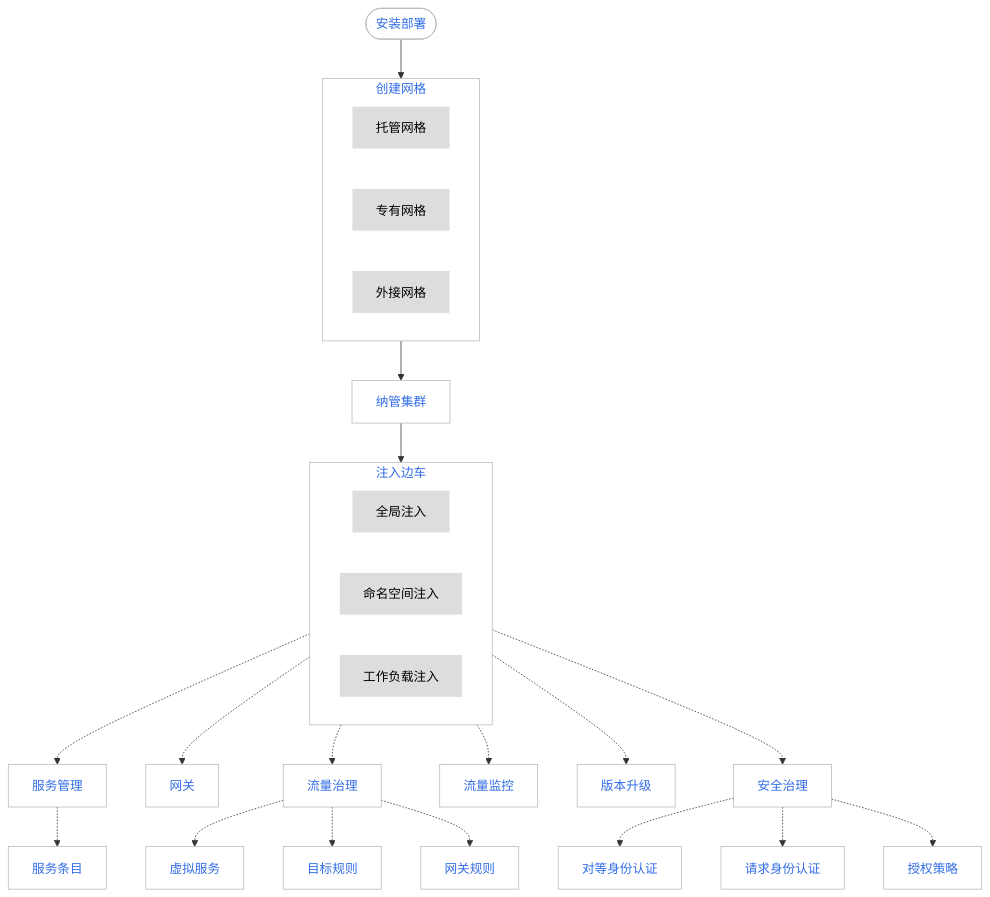
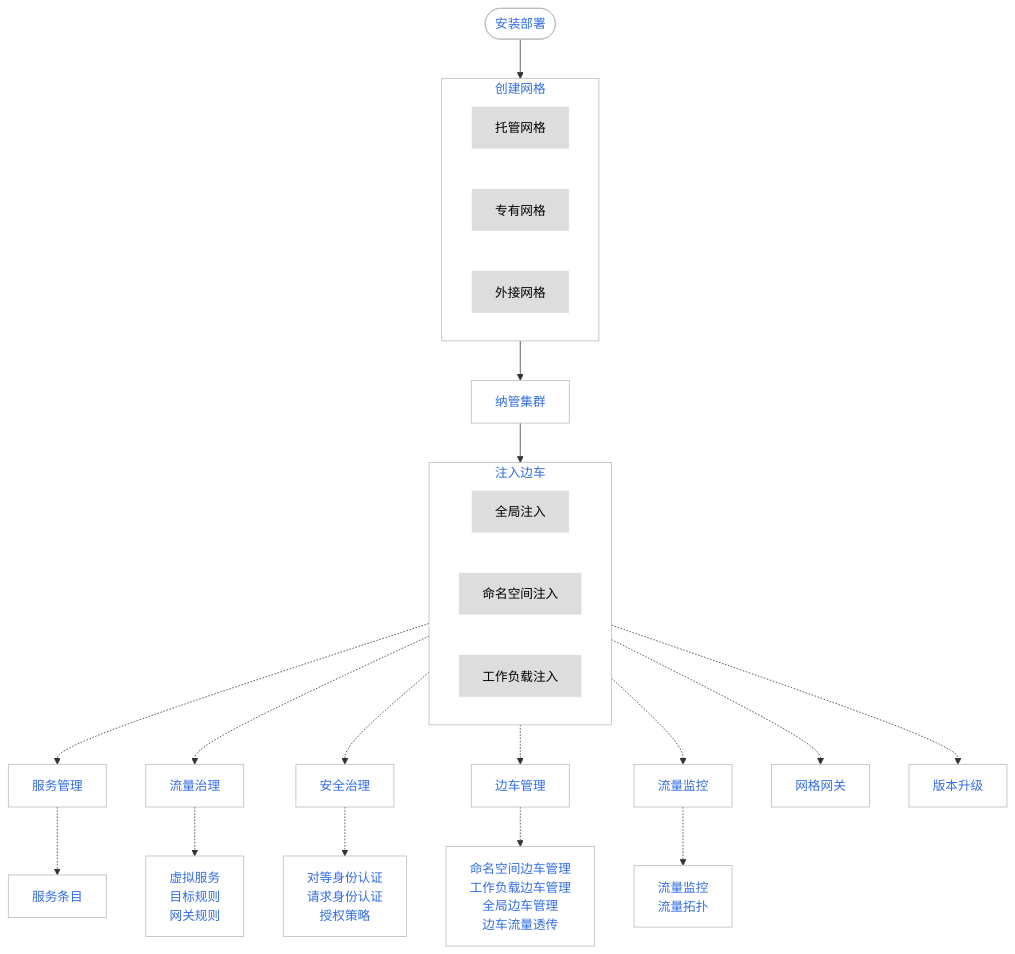
Before and after one commit to DaoCloud/DaoCloud-docs: the diagram in docs/zh/docs/mspider/01Intro/WhatismSpider.md, drawn with Mermaid. The commit also changed 2 other files, not shown here.

Commit message:
update mspider passthrough

````diff
--- a/docs/zh/docs/mspider/01Intro/WhatismSpider.md
+++ b/docs/zh/docs/mspider/01Intro/WhatismSpider.md
@@ -20,69 +20,66 @@
 ```mermaid
 flowchart TD
 
     install([安装部署])
     install --> mesh[创建网格]
         subgraph mesh[创建网格]
             managed[托管网格]
             private[专有网格]
             external[外接网格]
             
         end
 
     mesh --> cluster[纳管集群]
 
     cluster --> inject[注入边车]
 
         subgraph inject[注入边车]
             global[全局注入]
             namespace[命名空间注入]
             workload[工作负载注入]
         end
 
     
     inject -.-> service[服务管理]
-    inject -.-> gateway[网关]
     inject -.-> traffic[流量治理]
+    inject -.-> security[安全治理]
+    inject -.-> sidecar[边车管理]
     inject -.-> watch[流量监控]
+    inject -.-> gateway[网格网关]
     inject -.-> upgrade[版本升级]
-    inject -.-> security[安全治理]
+    
 
     service -.-> entry[服务条目]
-
-    traffic -.-> virtual[虚拟服务]
-    traffic -.-> target[目标规则]
-    traffic -.-> gaterule[网关规则]
-
-    security -.-> peer[对等身份认证]
-    security -.-> request[请求身份认证]
-    security -.-> authorize[授权策略]
+    traffic -.-> virtual[虚拟服务<br>目标规则<br>网关规则]
+    security -.-> peer[对等身份认证<br>请求身份认证<br>授权策略]
+    sidecar -.-> sidecarm[命名空间边车管理<br>工作负载边车管理<br>全局边车管理<br>边车流量透传]
+    watch -.-> watch2[流量监控<br>流量拓扑]
 
     classDef plain fill:#ddd,stroke:#fff,stroke-width:1px,color:#000;
     classDef k8s fill:#326ce5,stroke:#fff,stroke-width:1px,color:#fff;
     classDef cluster fill:#fff,stroke:#bbb,stroke-width:1px,color:#326ce5;
 
     class managed,private,external,global,namespace,workload plain
-    class install,service,gateway,traffic,watch,upgrade,security,entry,virtual,target,gaterule,peer,request,authorize,cluster cluster
+    class install,service,gateway,traffic,watch,upgrade,security,entry,virtual,peer,cluster,sidecar,sidecarm,watch2 cluster
 
     click install "https://docs.daocloud.io/mspider/install/"
     click managed "https://docs.daocloud.io/mspider/03UserGuide/servicemesh/create-mesh/"
     click private "https://docs.daocloud.io/mspider/03UserGuide/servicemesh/create-mesh/"
     click external "https://docs.daocloud.io/mspider/03UserGuide/servicemesh/integrate-mesh/"
     click cluster "https://docs.daocloud.io/mspider/03UserGuide/08ClusterManagement/join-clus/"
     click global "https://docs.daocloud.io/mspider/03UserGuide/07SidecarManagement/GlobalSidecar/"
     click namespace "https://docs.daocloud.io/mspider/03UserGuide/07SidecarManagement/NamespaceSidecar/"
     click workload "https://docs.daocloud.io/mspider/03UserGuide/07SidecarManagement/WorkloadSidecar/"
     click gateway "https://docs.daocloud.io/mspider/03UserGuide/09GatewayInstance/create/"
     click service "https://docs.daocloud.io/mspider/03UserGuide/01ServiceList/"
     click traffic "https://docs.daocloud.io/mspider/03UserGuide/02TrafficGovernance/"
     click security "https://docs.daocloud.io/mspider/03UserGuide/05Security/"
     click watch "https://docs.daocloud.io/mspider/03UserGuide/06TrafficMonitor/"
     click upgrade "https://docs.daocloud.io/mspider/03UserGuide/upgrade/IstioUpdate/"
     click entry "https://docs.daocloud.io/mspider/03UserGuide/01ServiceList/service-entry/"
     click virtual "https://docs.daocloud.io/mspider/03UserGuide/02TrafficGovernance/VirtualService/"
-    click target "https://docs.daocloud.io/mspider/03UserGuide/02TrafficGovernance/DestinationRules/"
-    click gaterule "https://docs.daocloud.io/mspider/03UserGuide/02TrafficGovernance/GatewayRules/"
     click peer "https://docs.daocloud.io/mspider/03UserGuide/05Security/peer/"
-    click request "https://docs.daocloud.io/mspider/03UserGuide/05Security/request/"
-    click authorize "https://docs.daocloud.io/mspider/03UserGuide/05Security/authorize/"
+    click sidecar "https://docs.daocloud.io/mspider/03UserGuide/07SidecarManagement/NamespaceSidecar/"
+    click sidecarm "https://docs.daocloud.io/mspider/03UserGuide/07SidecarManagement/passthrough/"
+    click watch2 "https://docs.daocloud.io/mspider/03UserGuide/06TrafficMonitor/connTopo/"
 ```
````
